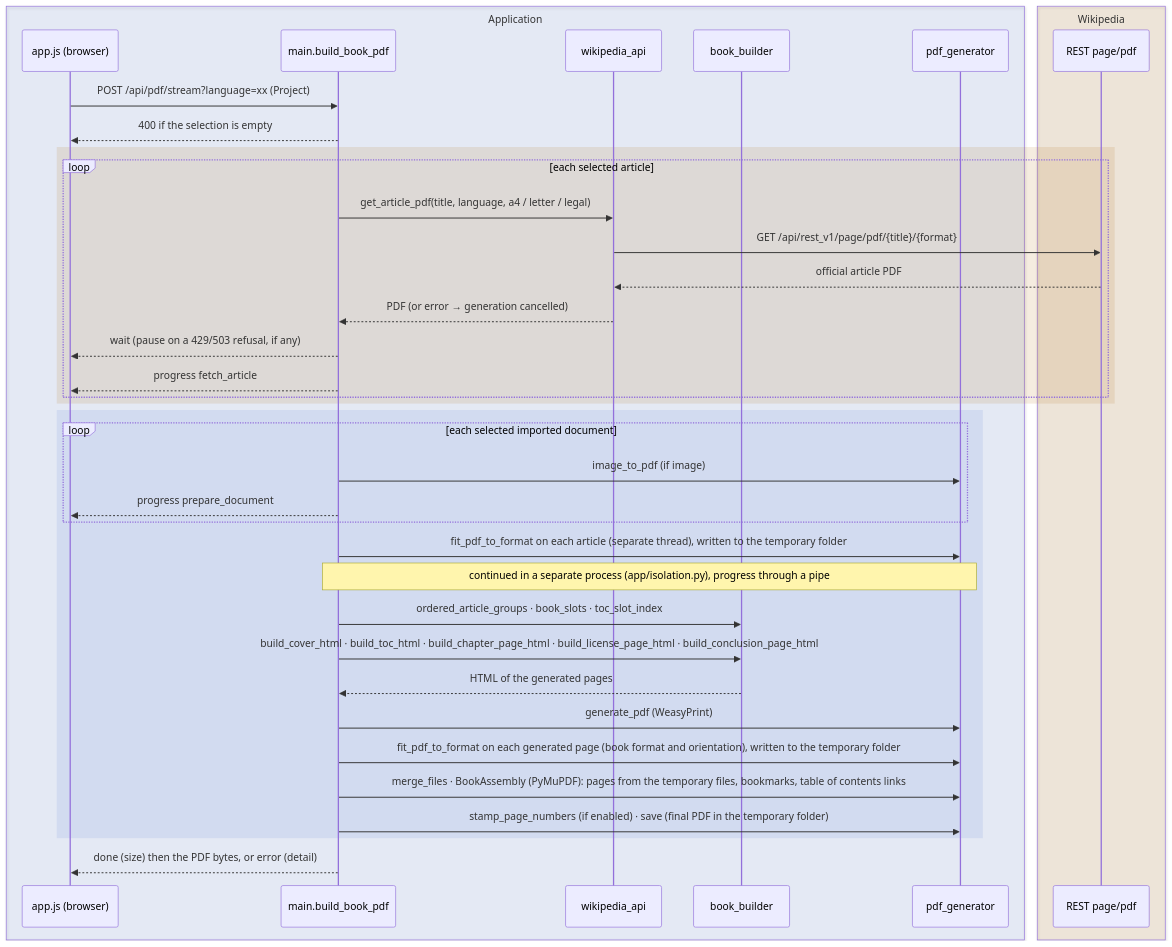
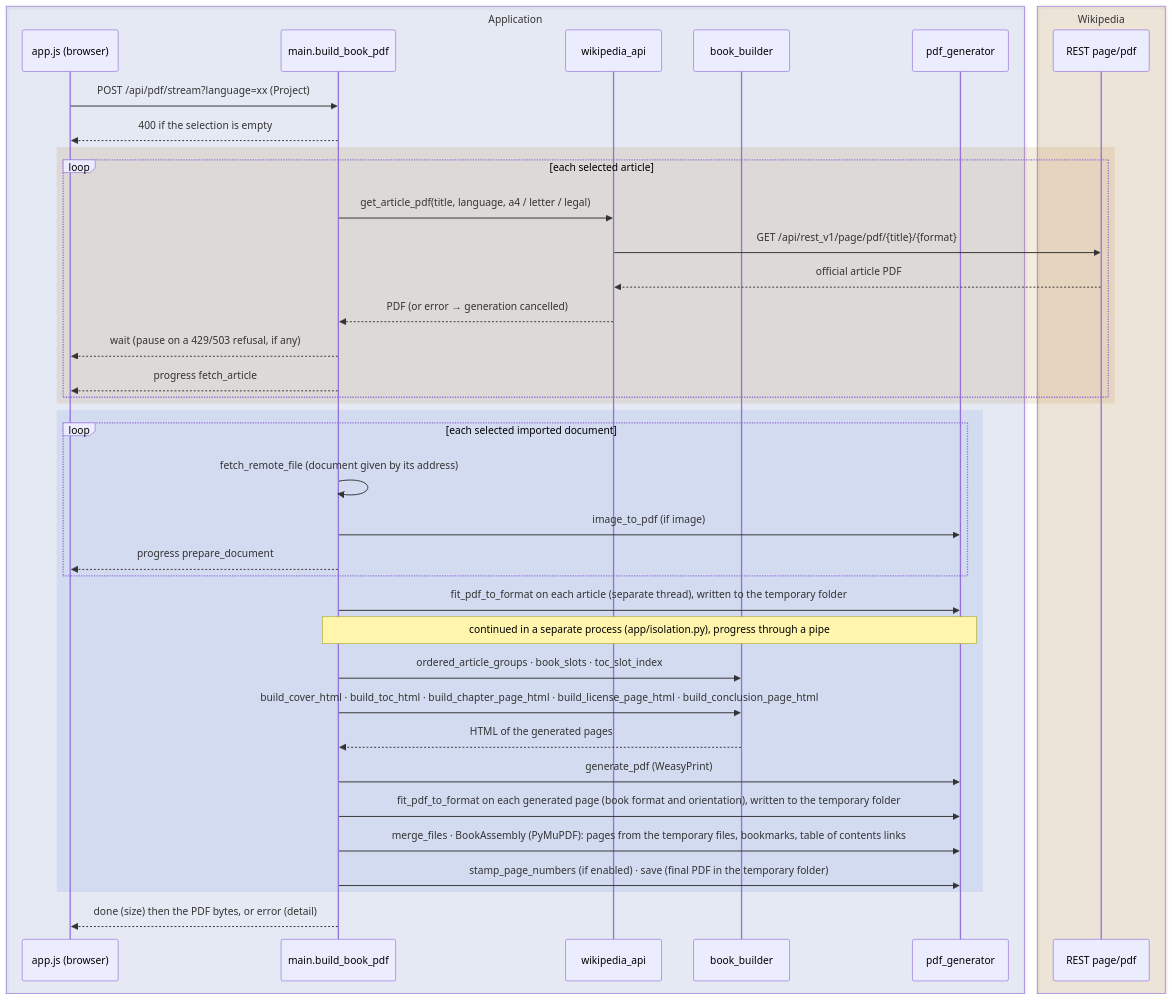
Before and after one commit to gmoulard/wikipedia2book: the second of 2 diagrams in docs/SPECIFICATIONS.en.md, drawn with Mermaid. The commit also changed other lines of this file and 15 other files, not shown here.

````diff
--- a/docs/SPECIFICATIONS.en.md
+++ b/docs/SPECIFICATIONS.en.md
@@ -996,42 +999,43 @@
 ```mermaid
 sequenceDiagram
     box rgba(51,102,204,0.10) Application
         participant U as app.js (browser)
         participant M as main.build_book_pdf
         participant W as wikipedia_api
         participant B as book_builder
         participant P as pdf_generator
     end
     box rgba(172,102,0,0.12) Wikipedia
         participant R as REST page/pdf
     end
 
     U->>M: POST /api/pdf/stream?language=xx (Project)
     M-->>U: 400 if the selection is empty
     rect rgba(172,102,0,0.12)
         loop each selected article
             M->>W: get_article_pdf(title, language, a4 / letter / legal)
             W->>R: GET /api/rest_v1/page/pdf/{title}/{format}
             R-->>W: official article PDF
             W-->>M: PDF (or error → generation cancelled)
             M-->>U: wait (pause on a 429/503 refusal, if any)
             M-->>U: progress fetch_article
         end
     end
     rect rgba(51,102,204,0.10)
         loop each selected imported document
+            M->>M: fetch_remote_file (document given by its address)
             M->>P: image_to_pdf (if image)
             M-->>U: progress prepare_document
         end
         M->>P: fit_pdf_to_format on each article (separate thread), written to the temporary folder
         Note over M,P: continued in a separate process (app/isolation.py), progress through a pipe
         M->>B: ordered_article_groups · book_slots · toc_slot_index
         M->>B: build_cover_html · build_toc_html · build_chapter_page_html · build_license_page_html · build_conclusion_page_html
         B-->>M: HTML of the generated pages
         M->>P: generate_pdf (WeasyPrint)
         M->>P: fit_pdf_to_format on each generated page (book format and orientation), written to the temporary folder
         M->>P: merge_files · BookAssembly (PyMuPDF): pages from the temporary files, bookmarks, table of contents links
         M->>P: stamp_page_numbers (if enabled) · save (final PDF in the temporary folder)
     end
     M-->>U: done (size) then the PDF bytes, or error (detail)
 ```
````
